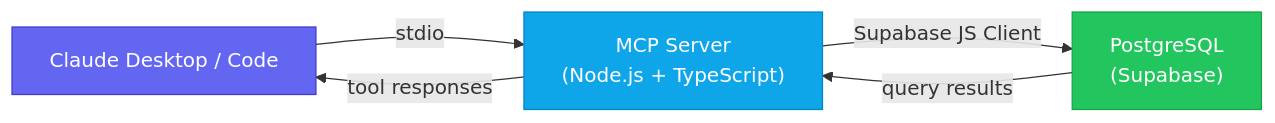
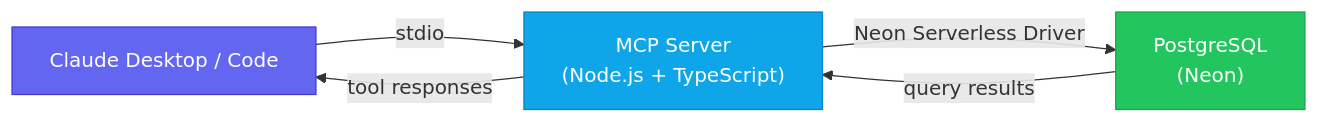
The diagram in README.md (voyagi/neon-mcp-server), drawn with Mermaid before and after one commit. The commit also changed other lines of this file and 34 other files, not shown here.

First line of the commit message:
refactor: migrate from Supabase to Neon (postgres.js) (#14)

````diff
--- a/README.md
+++ b/README.md
@@ -10,11 +10,11 @@
 ```mermaid
 graph LR
     A["Claude Desktop / Code"] -- "stdio" --> B["MCP Server<br/>(Node.js + TypeScript)"]
-    B -- "Supabase JS Client" --> C["PostgreSQL<br/>(Supabase)"]
+    B -- "Neon Serverless Driver" --> C["PostgreSQL<br/>(Neon)"]
     C -- "query results" --> B
     B -- "tool responses" --> A
 
     style A fill:#6366f1,stroke:#4338ca,color:#fff
     style B fill:#0ea5e9,stroke:#0284c7,color:#fff
     style C fill:#22c55e,stroke:#16a34a,color:#fff
 ```
````
